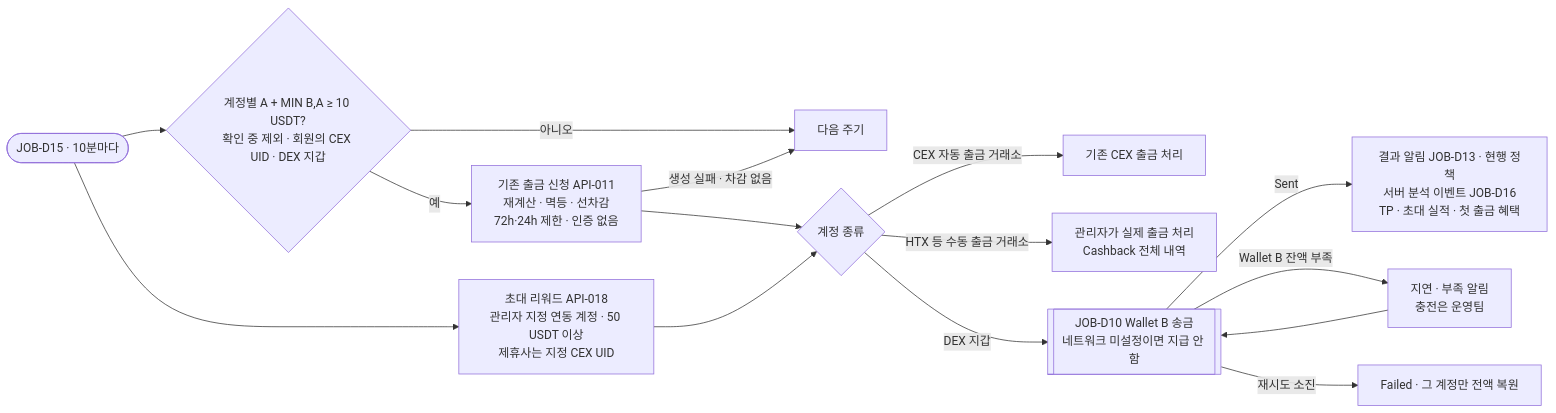
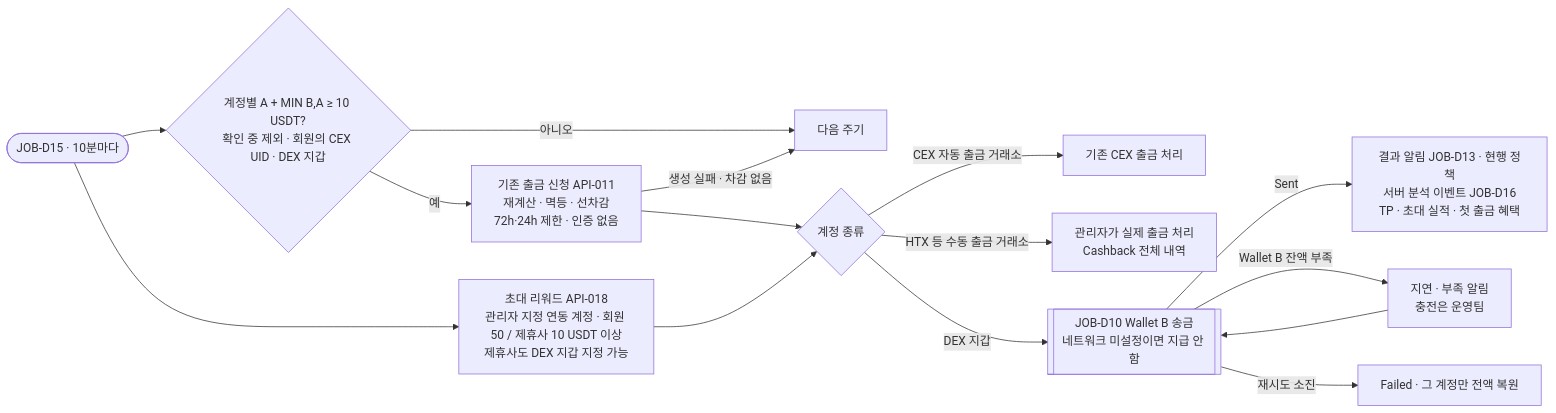
One commit to matthewforwork1213-collab/dex changed the fourth of 6 diagrams in 02.기획문서/정보구조도_백오피스.md. Above: the diagram before and after it, drawn with Mermaid. The commit also changed other lines of this file and 831 other files, not shown here.

````diff
--- a/02.기획문서/정보구조도_백오피스.md
+++ b/02.기획문서/정보구조도_백오피스.md
@@ -117,17 +117,17 @@
 ```mermaid
 flowchart LR
     J([JOB-D15 · 10분마다]) --> C{계정별 A + MIN B,A ≥ 10 USDT?<br/>확인 중 제외 · 회원의 CEX UID · DEX 지갑}
     C -->|아니오| NX[다음 주기]
     C -->|예| A11[기존 출금 신청 API-011<br/>재계산 · 멱등 · 선차감<br/>72h·24h 제한 · 인증 없음]
     A11 -->|생성 실패 · 차감 없음| NX
     A11 --> K{계정 종류}
     K -->|CEX 자동 출금 거래소| CP[기존 CEX 출금 처리]
     K -->|HTX 등 수동 출금 거래소| MAN[관리자가 실제 출금 처리<br/>Cashback 전체 내역]
     K -->|DEX 지갑| D10[[JOB-D10 Wallet B 송금<br/>네트워크 미설정이면 지급 안 함]]
     D10 -->|Sent| OK[결과 알림 JOB-D13 · 현행 정책<br/>서버 분석 이벤트 JOB-D16<br/>TP · 초대 실적 · 첫 출금 혜택]
     D10 -->|Wallet B 잔액 부족| W[지연 · 부족 알림<br/>충전은 운영팀]
     W --> D10
     D10 -->|재시도 소진| F[Failed · 그 계정만 전액 복원]
-    J --> INV[초대 리워드 API-018<br/>관리자 지정 연동 계정 · 50 USDT 이상<br/>제휴사는 지정 CEX UID]
+    J --> INV[초대 리워드 API-018<br/>관리자 지정 연동 계정 · 회원 50 / 제휴사 10 USDT 이상<br/>제휴사도 DEX 지갑 지정 가능]
     INV --> K
 ```
````
